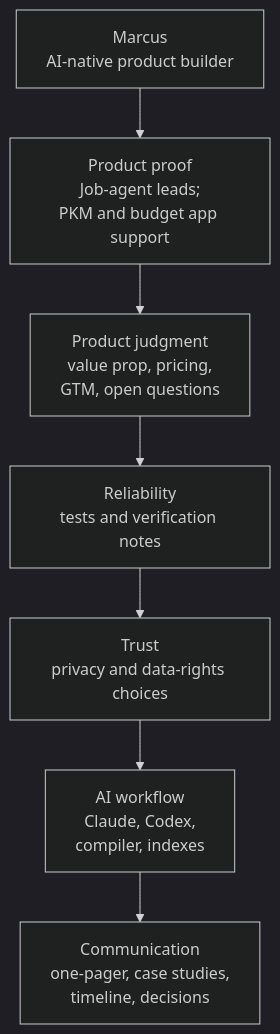
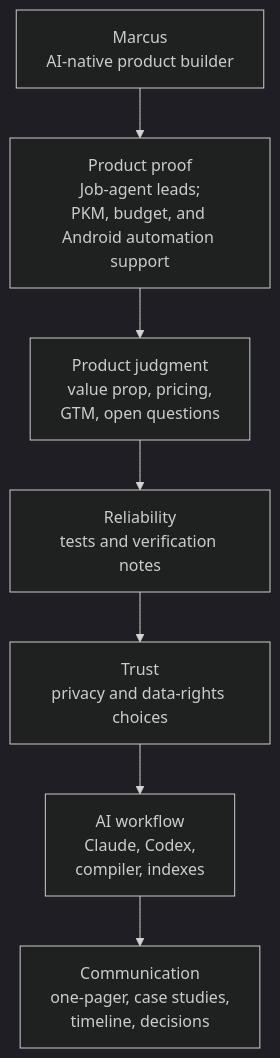
One commit to marcus-uden-dev/ai-native-proof-of-work changed the diagram in EVIDENCE_MATRIX.md. Above: the diagram before and after it, drawn with Mermaid (dark theme). The commit also changed other lines of this file and 21 other files, not shown here.

````diff
--- a/EVIDENCE_MATRIX.md
+++ b/EVIDENCE_MATRIX.md
@@ -17,9 +17,9 @@
 ```mermaid
 flowchart TD
-    A["Marcus<br/>AI-native product builder"] --> B["Product proof<br/>Job-agent leads;<br/>PKM and budget app support"]
+    A["Marcus<br/>AI-native product builder"] --> B["Product proof<br/>Job-agent leads;<br/>PKM, budget, and Android automation support"]
     B --> C["Product judgment<br/>value prop, pricing,<br/>GTM, open questions"]
     C --> D["Reliability<br/>tests and verification notes"]
     D --> E["Trust<br/>privacy and data-rights choices"]
     E --> F["AI workflow<br/>Claude, Codex,<br/>compiler, indexes"]
     F --> G["Communication<br/>one-pager, case studies,<br/>timeline, decisions"]
 ```
````
